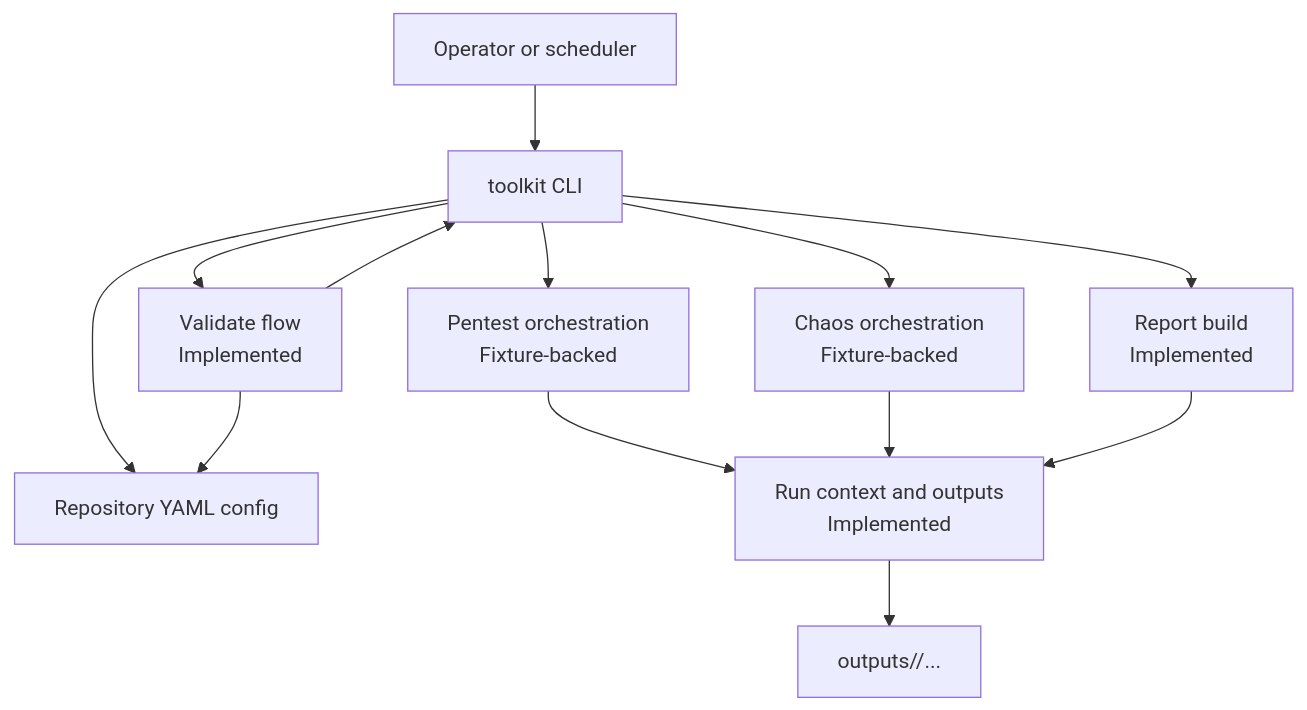
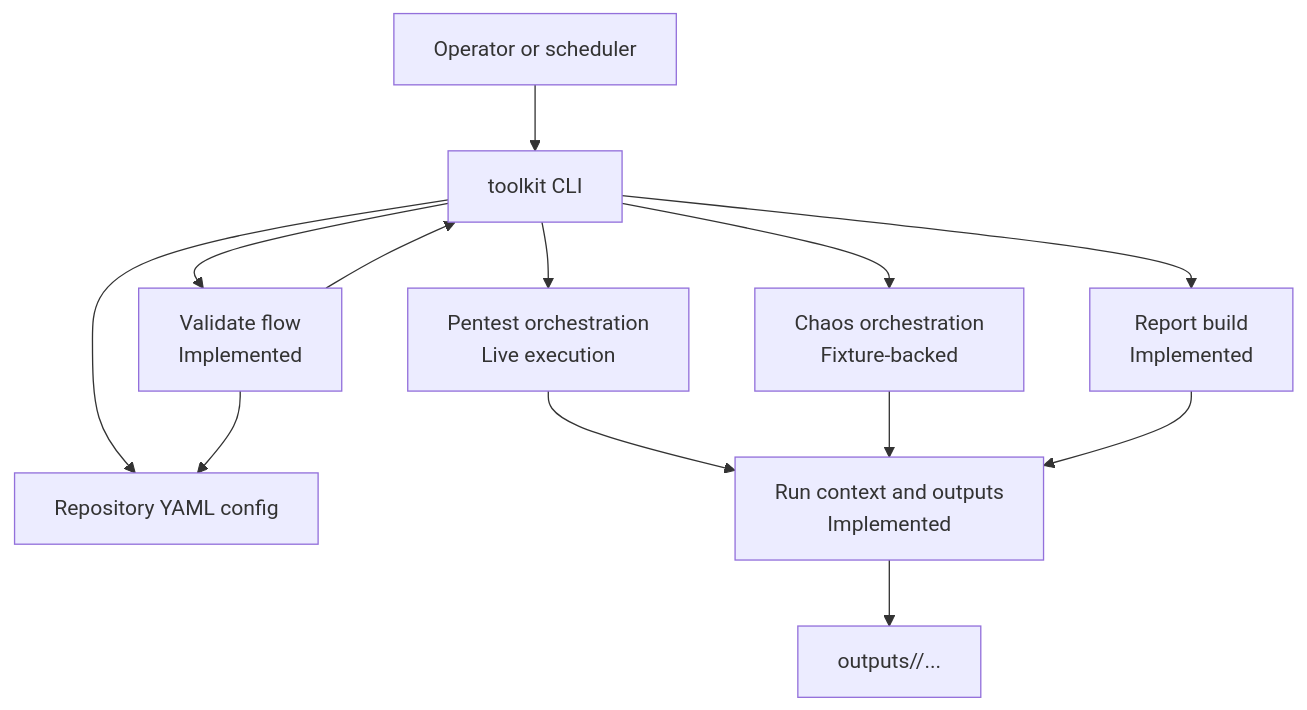
The first of 5 diagrams in docs/explanation/architecture.md (Sureinity/websec-chaos-toolkit), drawn with Mermaid before and after one commit. The commit also changed other lines of this file and 7 other files, not shown here.

First line of the commit message:
docs(pentest): add live execution docs

````diff
--- a/docs/explanation/architecture.md
+++ b/docs/explanation/architecture.md
@@ -45,25 +42,25 @@
 ```mermaid
 flowchart TD
     operator[Operator or scheduler]
     cli[toolkit CLI]
     config[Repository YAML config]
     validate[Validate flow<br/>Implemented]
     runctx[Run context and outputs<br/>Implemented]
-    pentest[Pentest orchestration<br/>Fixture-backed]
+    pentest[Pentest orchestration<br/>Live execution]
     chaos[Chaos orchestration<br/>Fixture-backed]
     report[Report build<br/>Implemented]
     outputs[outputs/<run-id>/...]
 
     operator --> cli
     cli --> config
     cli --> validate
     validate --> config
     validate --> cli
     cli --> pentest
     cli --> chaos
     cli --> report
     pentest --> runctx
     chaos --> runctx
     report --> runctx
     runctx --> outputs
 ```
````
